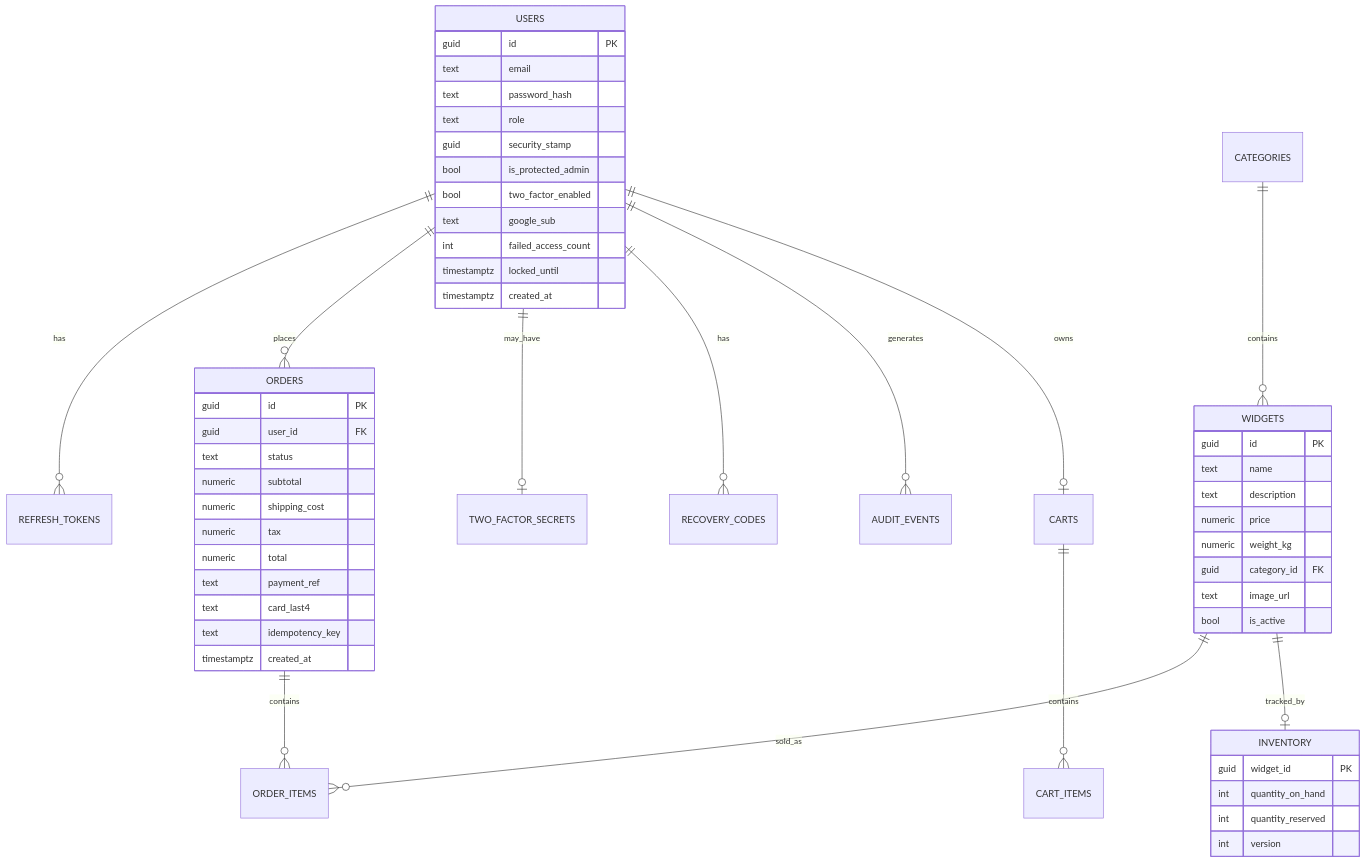
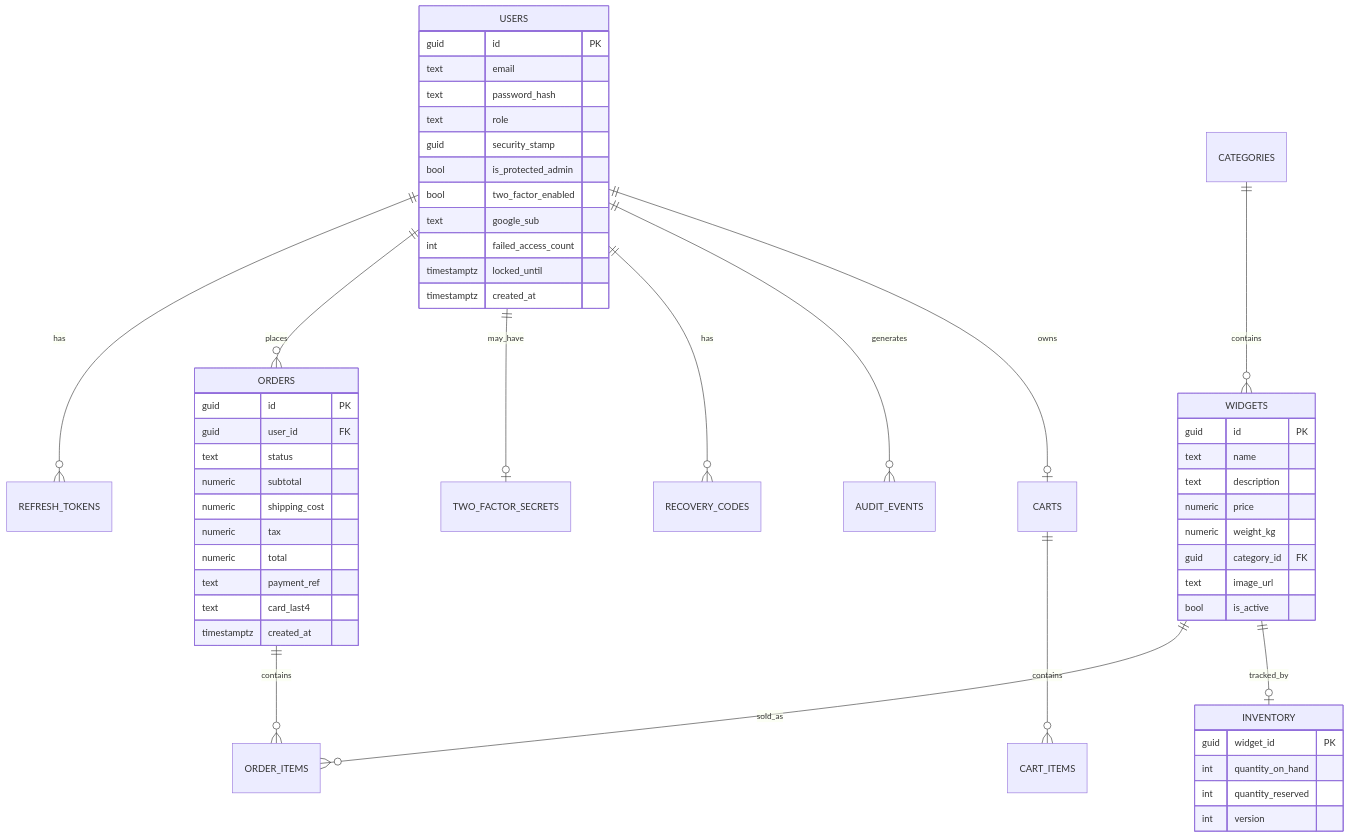
One commit to bgard68/WidgetWorks changed the second of 2 diagrams in docs/architecture/02-Architecture-and-Technical-Design.md. Above: the diagram before and after it, drawn with Mermaid. The commit also changed other lines of this file and 55 other files, not shown here.

First line of the commit message:
feat(checkout): make POST /checkout retry-safe with an Idempotency-Key (#137)

````diff
--- a/docs/architecture/02-Architecture-and-Technical-Design.md
+++ b/docs/architecture/02-Architecture-and-Technical-Design.md
@@ -148,57 +148,56 @@
 ```mermaid
 erDiagram
   USERS ||--o{ REFRESH_TOKENS : has
   USERS ||--o{ ORDERS : places
   USERS ||--o| TWO_FACTOR_SECRETS : may_have
   USERS ||--o{ RECOVERY_CODES : has
   USERS ||--o{ AUDIT_EVENTS : generates
   CATEGORIES ||--o{ WIDGETS : contains
   WIDGETS ||--o{ ORDER_ITEMS : sold_as
   WIDGETS ||--o| INVENTORY : tracked_by
   ORDERS ||--o{ ORDER_ITEMS : contains
   USERS ||--o| CARTS : owns
   CARTS ||--o{ CART_ITEMS : contains
 
   USERS {
     guid id PK
     text email
     text password_hash
     text role
     guid security_stamp
     bool is_protected_admin
     bool two_factor_enabled
     text google_sub
     int  failed_access_count
     timestamptz locked_until
     timestamptz created_at
   }
   WIDGETS {
     guid id PK
     text name
     text description
     numeric price
     numeric weight_kg
     guid category_id FK
     text image_url
     bool is_active
   }
   INVENTORY {
     guid widget_id PK
     int  quantity_on_hand
     int  quantity_reserved
     int  version
   }
   ORDERS {
     guid id PK
     guid user_id FK
     text status
     numeric subtotal
     numeric shipping_cost
     numeric tax
     numeric total
     text payment_ref
     text card_last4
-    text idempotency_key
     timestamptz created_at
   }
 ```
````
